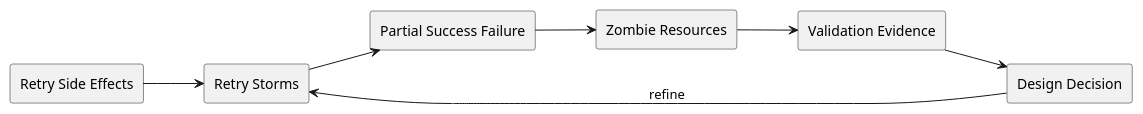
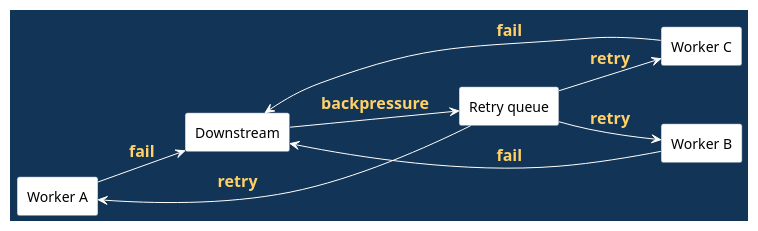
Before and after one commit to madajaju/CS5254: the first of 11 diagrams in doc/lectures/week10/retry_side_effects/README.slides.adoc, drawn with PlantUML. The commit also changed other lines of this file and 4 other files, not shown here.

```diff
--- a/doc/lectures/week10/retry_side_effects/README.slides.adoc
+++ b/doc/lectures/week10/retry_side_effects/README.slides.adoc
@@ -55,22 +31,66 @@
-[plantuml, target=concept_diagram, format=svg, width=80%]
+[plantuml, target=retry-storms, format=svg, width=100%]
 ----
 @startuml
-skinparam monochrome true
+skinparam BackgroundColor #123456
+skinparam DefaultFontColor black
+skinparam ArrowColor white
+skinparam ArrowFontColor #ffd166
+skinparam ArrowFontStyle bold
+skinparam ArrowFontSize 16
+skinparam ActorBorderColor #123456
+skinparam ActorFontColor white
+skinparam participant {
+  BackgroundColor white
+  BorderColor #123456
+  FontColor black
+}
+skinparam sequence {
+  LifeLineBorderColor white
+  LifeLineBackgroundColor white
+  ParticipantBorderColor #123456
+  ParticipantBackgroundColor white
+  ParticipantFontColor black
+}
+skinparam rectangle {
+  BackgroundColor white
+  BorderColor #123456
+  FontColor black
+}
+skinparam database {
+  BackgroundColor white
+  BorderColor #123456
+  FontColor black
+}
+skinparam state {
+  BackgroundColor white
+  BorderColor #123456
+  FontColor black
+}
+skinparam activity {
+  BackgroundColor white
+  BorderColor #123456
+  FontColor black
+}
+skinparam note {
+  BackgroundColor white
+  BorderColor #123456
+  FontColor black
+}
 skinparam shadowing false
 left to right direction
 
-rectangle "Retry Side Effects" as Topic
-rectangle "Retry Storms" as A
-rectangle "Partial Success Failure" as B
-rectangle "Zombie Resources" as C
-rectangle "Validation Evidence" as V
-rectangle "Design Decision" as D
+rectangle "Worker A" as A
+rectangle "Worker B" as B
+rectangle "Worker C" as C
+rectangle "Downstream" as D
+rectangle "Retry queue" as Q
 
-Topic --> A
-A --> B
-B --> C
-C --> V
-V --> D
-D --> A : refine
+A --> D : fail
+B --> D : fail
+C --> D : fail
+D --> Q : backpressure
+Q --> A : retry
+Q --> B : retry
+Q --> C : retry
 @enduml
 ----
```
